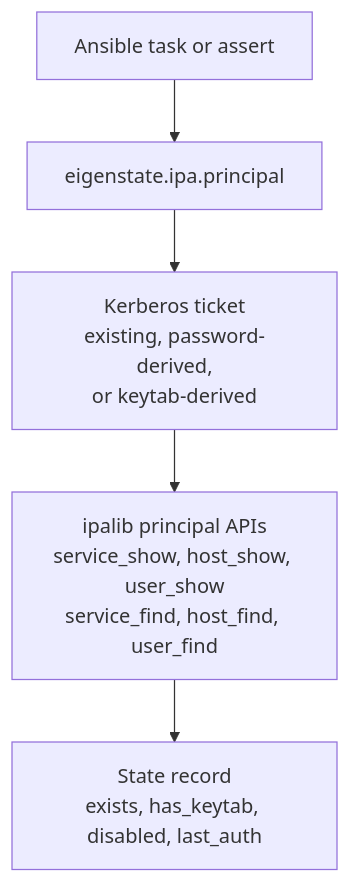
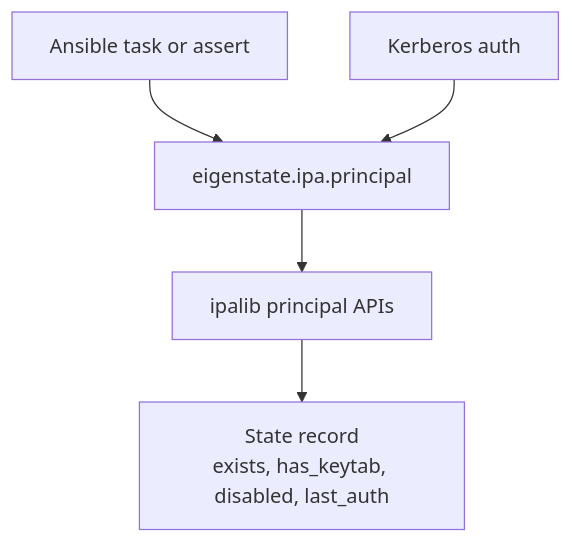
One commit to gprocunier/eigenstate-ipa changed the first of 2 diagrams in docs/principal-plugin.md. Above: the diagram before and after it, drawn with Mermaid. The commit also changed other lines of this file and 12 other files, not shown here.

Commit message:
Clean up Mermaid diagrams across docs

````diff
--- a/docs/principal-plugin.md
+++ b/docs/principal-plugin.md
@@ -48,13 +48,13 @@
 ```mermaid
 flowchart TD
-    ans["Ansible task or assert"]
+    task["Ansible task or assert"]
+    auth["Kerberos auth"]
     lookup["eigenstate.ipa.principal"]
-    krb["Kerberos ticket\nexisting, password-derived,\nor keytab-derived"]
-    ipa["ipalib principal APIs\nservice_show, host_show, user_show\nservice_find, host_find, user_find"]
+    ipa["ipalib principal APIs"]
     out["State record\nexists, has_keytab, disabled, last_auth"]
 
-    ans --> lookup
-    lookup --> krb
-    krb --> ipa
+    task --> lookup
+    auth --> lookup
+    lookup --> ipa
     ipa --> out
 ```
````
